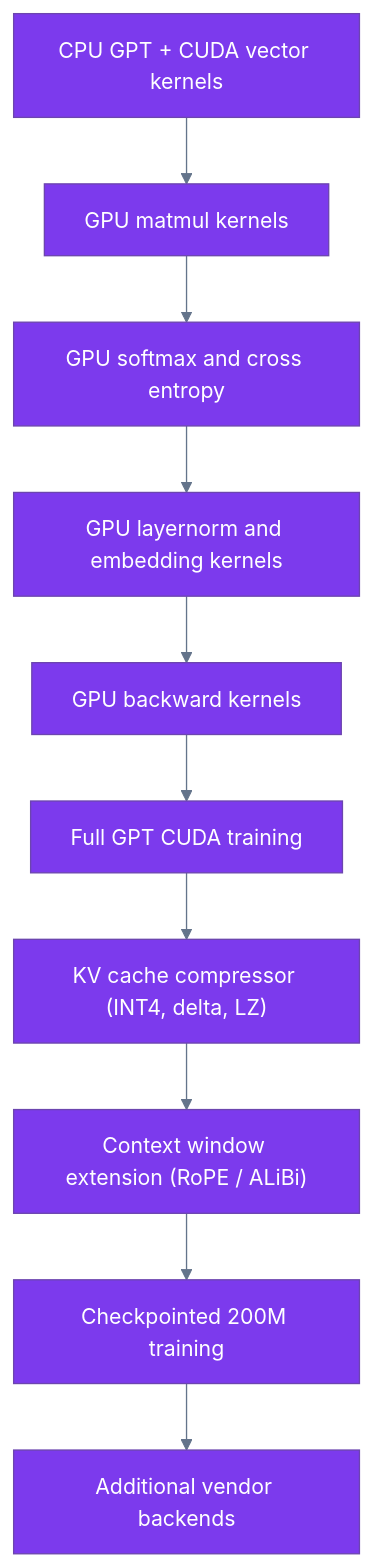
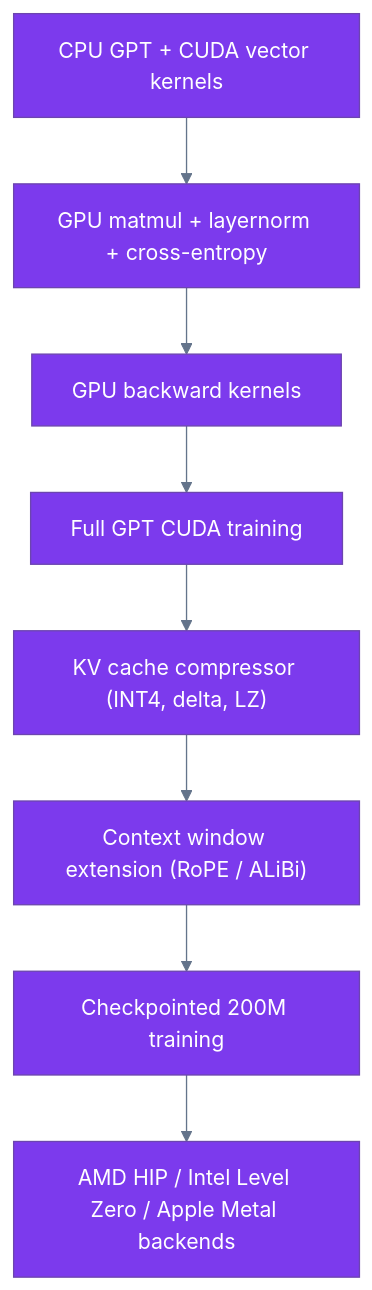
One commit to Hexa08/NEF2 changed the third of 3 diagrams in README.md. Above: the diagram before and after it, drawn with Mermaid. The commit also changed other lines of this file and 5 other files, not shown here.

First line of the commit message:
v0.2.1: GPU layernorm, cross-entropy, vendor backend detection

````diff
--- a/README.md
+++ b/README.md
@@ -242,13 +245,11 @@
 ```mermaid
 %%{init: {"theme": "base", "themeVariables": {"primaryColor": "#7c3aed", "primaryTextColor": "#ffffff", "lineColor": "#64748b", "secondaryColor": "#f5f3ff"}}}%%
 flowchart TB
-    A["CPU GPT + CUDA vector kernels"] --> B["GPU matmul kernels"]
-    B --> C["GPU softmax and cross entropy"]
-    C --> D["GPU layernorm and embedding kernels"]
-    D --> E["GPU backward kernels"]
-    E --> F["Full GPT CUDA training"]
-    F --> G["KV cache compressor (INT4, delta, LZ)"]
-    G --> H["Context window extension (RoPE / ALiBi)"]
-    H --> I["Checkpointed 200M training"]
-    I --> J["Additional vendor backends"]
+    A["CPU GPT + CUDA vector kernels"] --> B["GPU matmul + layernorm + cross-entropy"]
+    B --> C["GPU backward kernels"]
+    C --> D["Full GPT CUDA training"]
+    D --> E["KV cache compressor (INT4, delta, LZ)"]
+    E --> F["Context window extension (RoPE / ALiBi)"]
+    F --> G["Checkpointed 200M training"]
+    G --> H["AMD HIP / Intel Level Zero / Apple Metal backends"]
 ```
````
